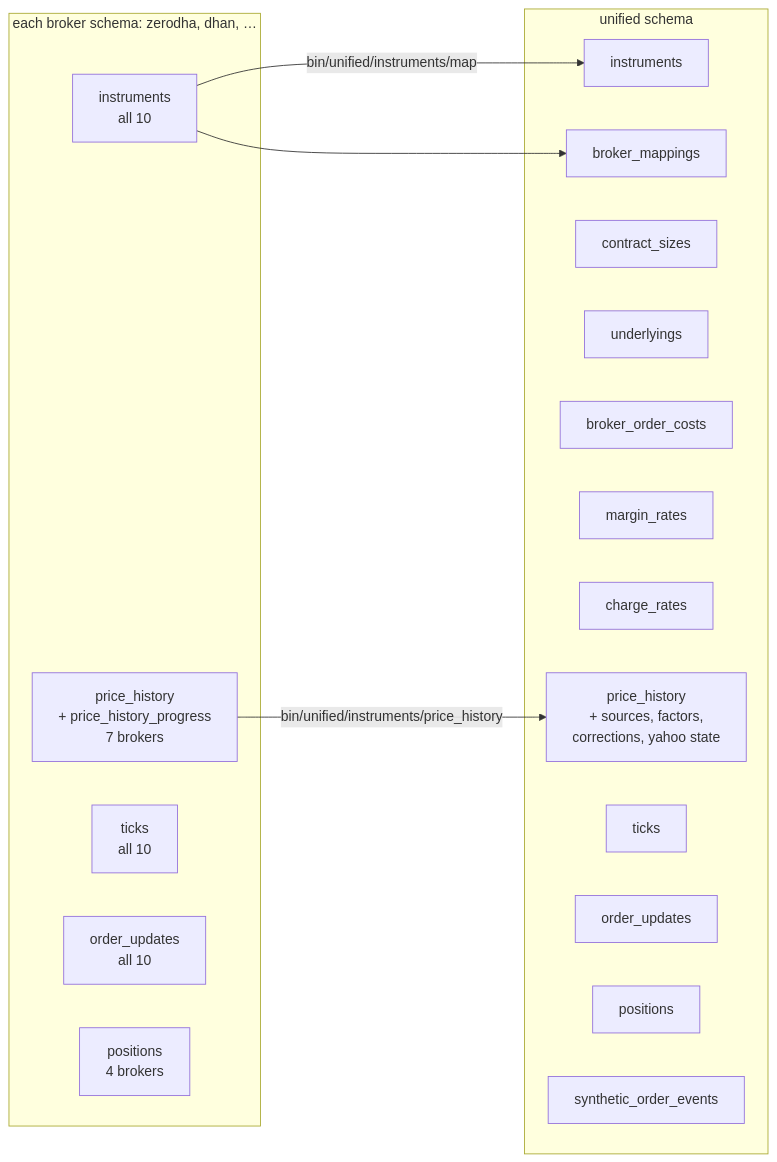
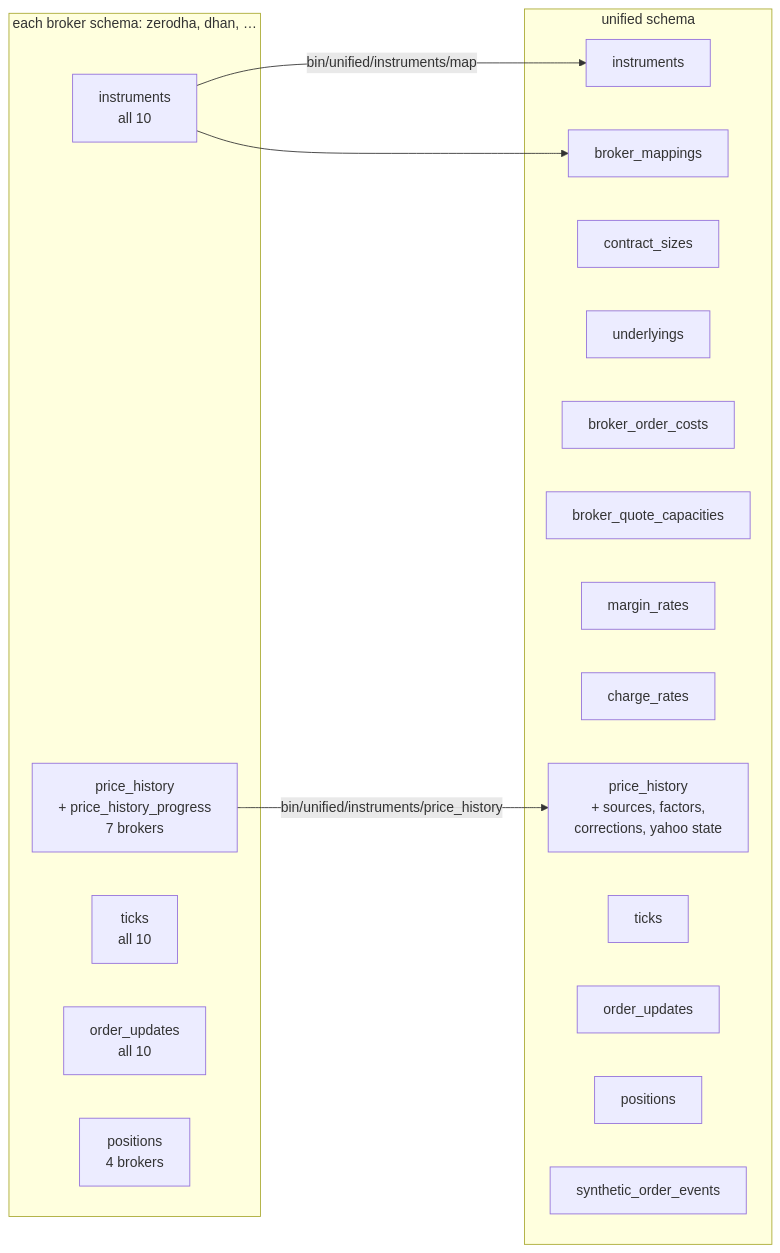
Before and after one commit to pramodathani/unified_broker_interface: the first of 3 diagrams in docs/architecture/database.md, drawn with Mermaid. The commit also changed other lines of this file and 2 other files, not shown here.

Commit message:
Add unified.broker_quote_capacities for each broker's quote socket limits
One row per broker: how many quote websockets it may open, how many instruments each carries, and a preference for instruments several brokers carry. The seed rows are the limits measured against the live brokers on 2026-10-27 with each production feed stopped while it was probed, and then corrected against what kept streaming updates in production, because several brokers snapshot every instrument they accept but update far fewer. The sidecar note records the evidence per broker. Groww has 0 sockets, which leaves it out while its login fails.

Claude-Session: https://claude.ai/code/session_01CuGhnbbzxEB43iVrtBoU6U

````diff
--- a/docs/architecture/database.md
+++ b/docs/architecture/database.md
@@ -11,27 +11,28 @@
 ```mermaid
 flowchart LR
     subgraph broker["each broker schema: zerodha, dhan, …"]
         BI["instruments<br/>all 10"]
         BP["price_history<br/>+ price_history_progress<br/>7 brokers"]
         BT["ticks<br/>all 10"]
         BO["order_updates<br/>all 10"]
         BPOS["positions<br/>4 brokers"]
     end
     subgraph unified["unified schema"]
         UI["instruments"]
         UM["broker_mappings"]
         UC["contract_sizes"]
         UU["underlyings"]
         UBC["broker_order_costs"]
+        UQC["broker_quote_capacities"]
         UMR["margin_rates"]
         UCR["charge_rates"]
         UPH["price_history<br/>+ sources, factors,<br/>corrections, yahoo state"]
         UT["ticks"]
         UO["order_updates"]
         UP["positions"]
         US["synthetic_order_events"]
     end
     BI -->|bin/unified/instruments/map| UI
     BI --> UM
     BP -->|bin/unified/instruments/price_history| UPH
 ```
````
